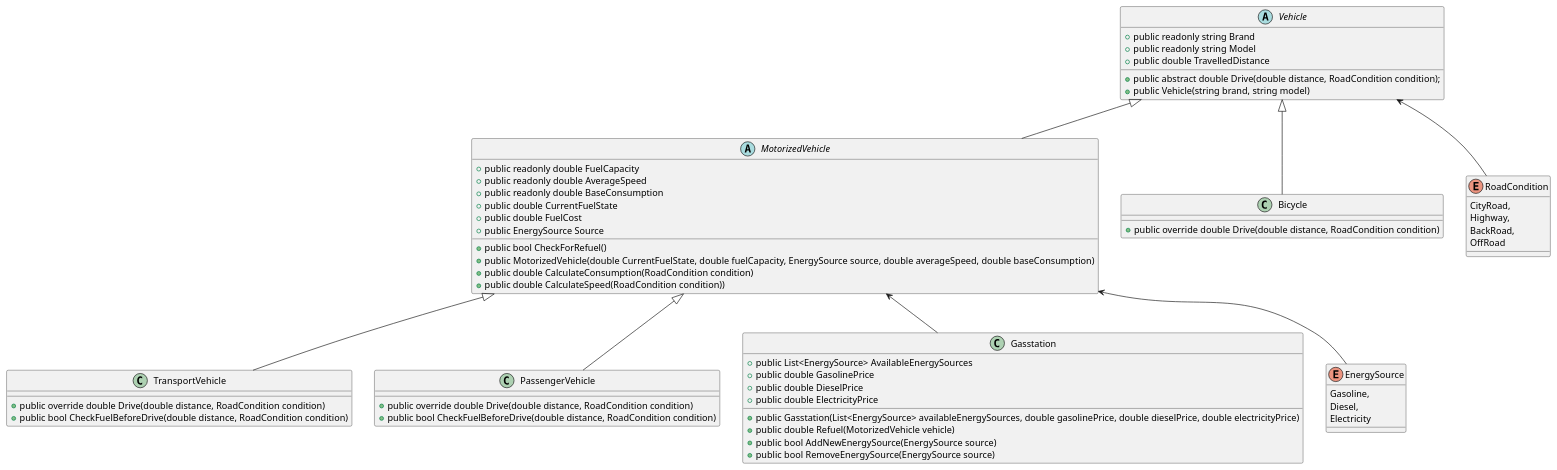
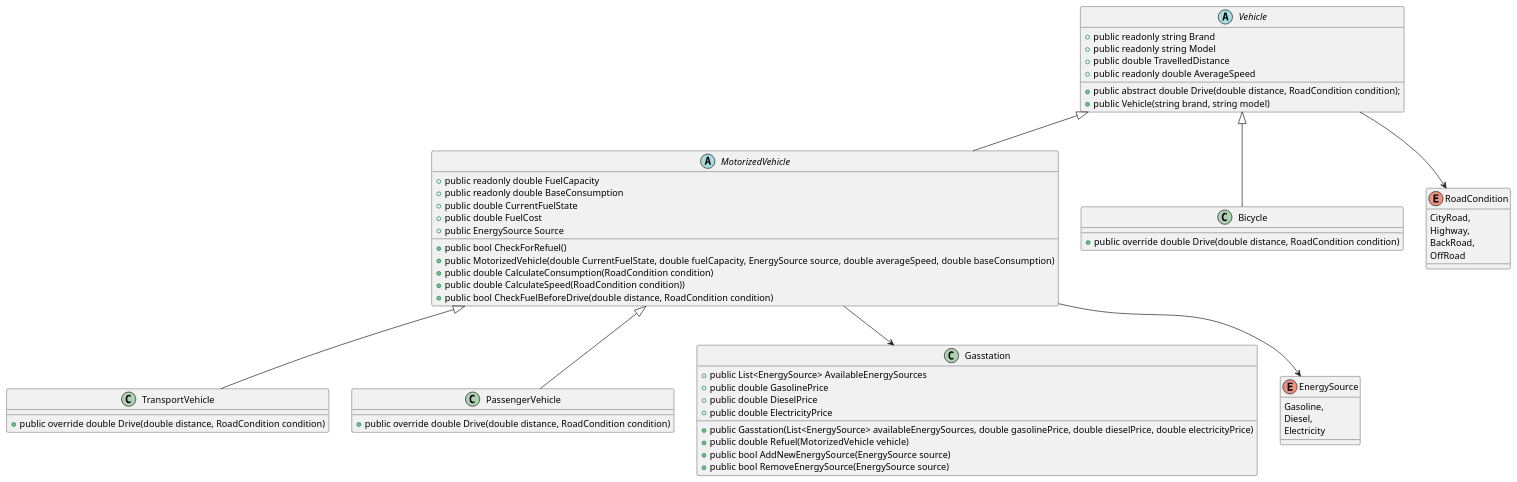
The diagram in vehicles/Model.puml (LParzerhtl/PoseOODPT), drawn with PlantUML before and after one commit. The commit also changed 29 other files, not shown here.

```diff
--- a/vehicles/Model.puml
+++ b/vehicles/Model.puml
@@ -1,87 +1,88 @@
 @startuml
 'https://plantuml.com/sequence-diagram
 
 Vehicle <|-- MotorizedVehicle
 MotorizedVehicle <|-- TransportVehicle
 MotorizedVehicle <|-- PassengerVehicle
 Vehicle <|-- Bicycle
-Vehicle <-- RoadCondition
-MotorizedVehicle <-- Gasstation
-MotorizedVehicle <-- EnergySource
+Vehicle --> RoadCondition
+MotorizedVehicle --> Gasstation
+MotorizedVehicle --> EnergySource
 abstract Vehicle
 {
     +public readonly string Brand
     +public readonly string Model
     +public double TravelledDistance
+    +public readonly double AverageSpeed
     
     +public abstract double Drive(double distance, RoadCondition condition);
     +public Vehicle(string brand, string model)
     
 }
 
 class TransportVehicle
 {
    
     +public override double Drive(double distance, RoadCondition condition)
     
-    +public bool CheckFuelBeforeDrive(double distance, RoadCondition condition)
+    
 }
 
 class PassengerVehicle
 {
     
     
     +public override double Drive(double distance, RoadCondition condition)
-    +public bool CheckFuelBeforeDrive(double distance, RoadCondition condition)
+    
 }
 
 abstract MotorizedVehicle
 {
     +public readonly double FuelCapacity
-    +public readonly double AverageSpeed
     +public readonly double BaseConsumption
     +public double CurrentFuelState
     +public double FuelCost
     +public EnergySource Source
     
     +public bool CheckForRefuel()
     +public MotorizedVehicle(double CurrentFuelState, double fuelCapacity, EnergySource source, double averageSpeed, double baseConsumption)  
     +public double CalculateConsumption(RoadCondition condition)
     +public double CalculateSpeed(RoadCondition condition))
+    +public bool CheckFuelBeforeDrive(double distance, RoadCondition condition)
     
 }
 
 class Bicycle
 {
     +public override double Drive(double distance, RoadCondition condition)
 }
 
 enum RoadCondition
 {
     CityRoad,
     Highway,
     BackRoad,
     OffRoad
 }
 
 class Gasstation
 {
     +public List<EnergySource> AvailableEnergySources
     +public double GasolinePrice
     +public double DieselPrice
     +public double ElectricityPrice
     
     +public Gasstation(List<EnergySource> availableEnergySources, double gasolinePrice, double dieselPrice, double electricityPrice)
     +public double Refuel(MotorizedVehicle vehicle)
     +public bool AddNewEnergySource(EnergySource source)
     +public bool RemoveEnergySource(EnergySource source)
     
 }
 
 enum EnergySource
 {
     Gasoline,
     Diesel,
     Electricity
 }
 @enduml
```
